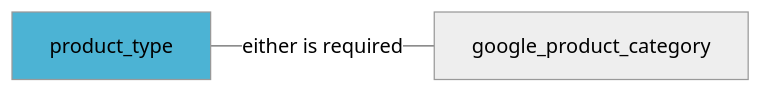
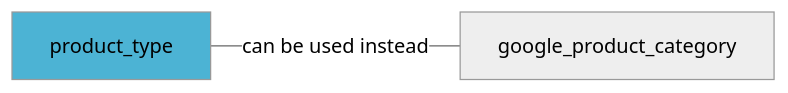
The diagram in docs/fields/product_type.md (Prisjakt/feed-specification), drawn with Mermaid before and after one commit. The commit also changed other lines of this file and 13 other files, not shown here.

````diff
--- a/docs/fields/product_type.md
+++ b/docs/fields/product_type.md
@@ -33,10 +33,10 @@
 ```mermaid
 %%{init: {'theme':'neutral'}}%%
 flowchart LR
-product_type -- either is required  --- google_product_category
+product_type -- can be used instead  --- google_product_category
   click google_product_category "/fields/google_product_category" "google_product_category" _blank
    
   
   click product_type "/fields/product_type" "product_type" _blank
   style product_type fill:#4cb3d4
 ```
````
